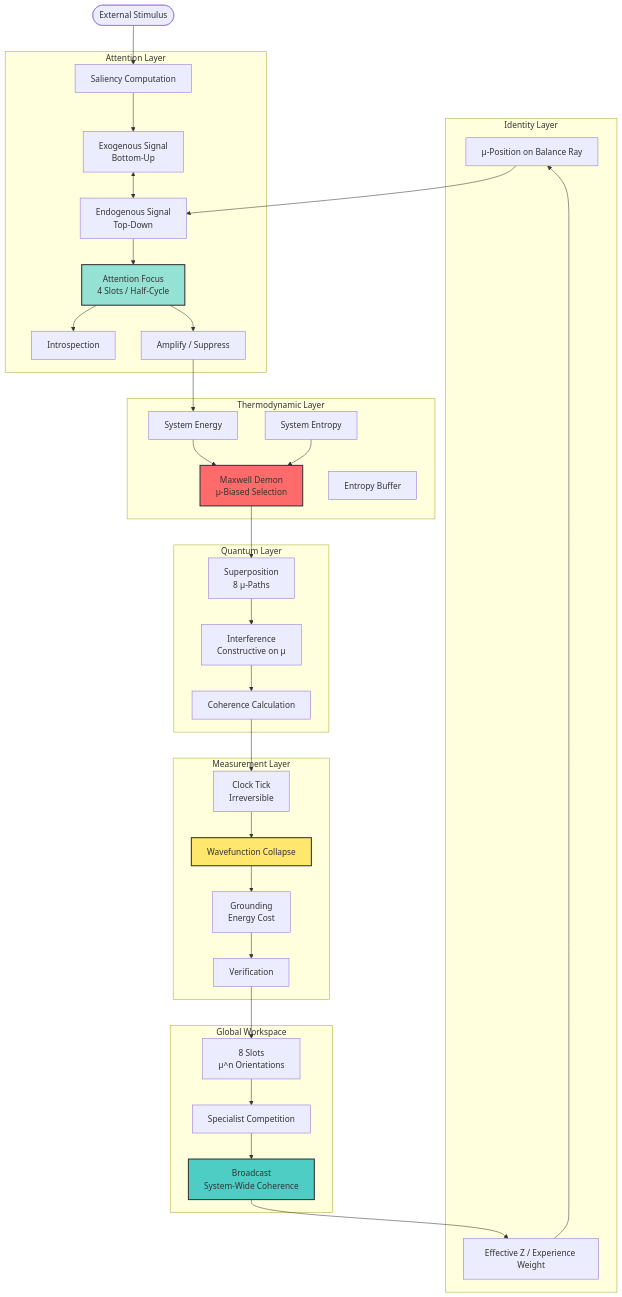
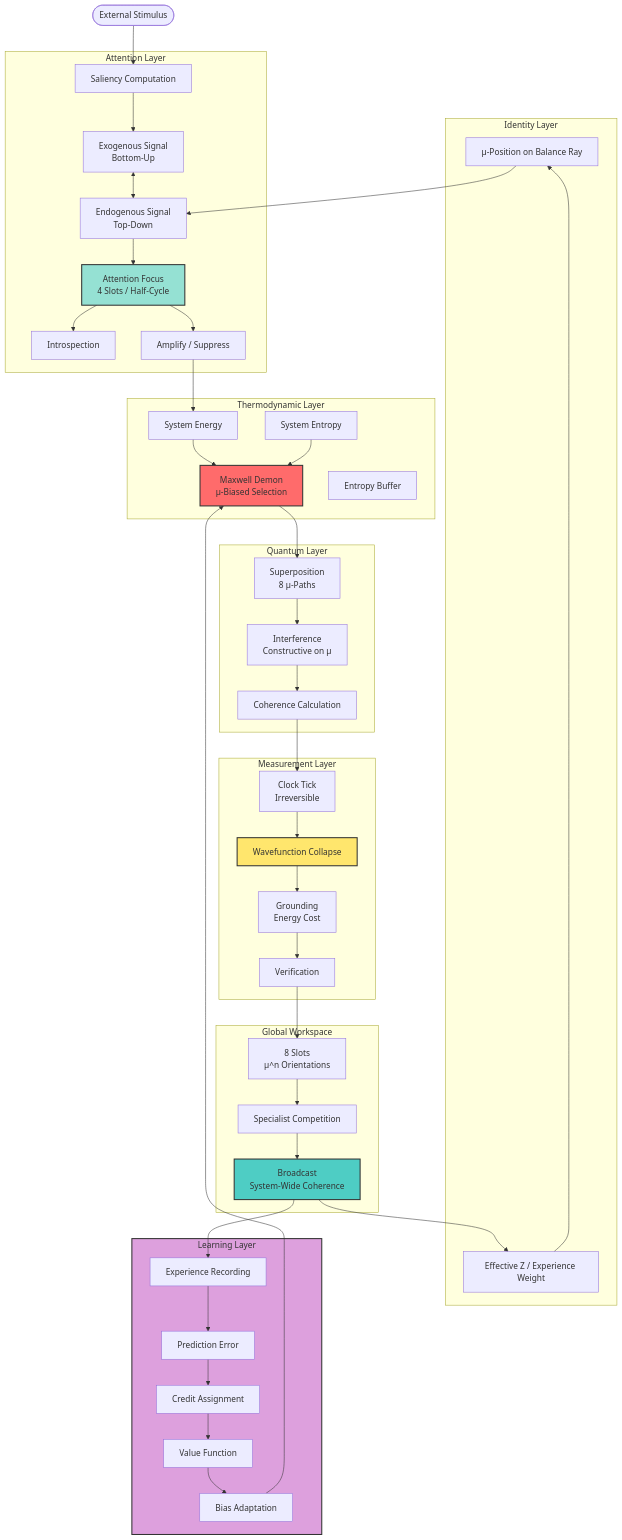
One commit to Quigles1337/THE-GAP-OF-EGO changed the first of 8 diagrams in docs/ARCHITECTURE.md. Above: the diagram before and after it, drawn with Mermaid. The commit also changed other lines of this file and 4 other files, not shown here.

First line of the commit message:
feat: add Learning Layer - the adaptive demon

````diff
--- a/docs/ARCHITECTURE.md
+++ b/docs/ARCHITECTURE.md
@@ -75,8 +75,24 @@
     BROADCAST --> Z
     Z --> ID
 
+    subgraph LEARNING["Learning Layer"]
+        EXP[Experience Recording]
+        PRED[Prediction Error]
+        CREDIT[Credit Assignment]
+        VALUE[Value Function]
+        BIAS[Bias Adaptation]
+    end
+
+    BROADCAST --> EXP
+    EXP --> PRED
+    PRED --> CREDIT
+    CREDIT --> VALUE
+    VALUE --> BIAS
+    BIAS --> DEMON
+
     style DEMON fill:#ff6b6b,stroke:#333,stroke-width:2px
     style BROADCAST fill:#4ecdc4,stroke:#333,stroke-width:2px
     style COLLAPSE fill:#ffe66d,stroke:#333,stroke-width:2px
     style FOCUS fill:#95e1d3,stroke:#333,stroke-width:2px
+    style LEARNING fill:#dda0dd,stroke:#333,stroke-width:2px
 ```
````
